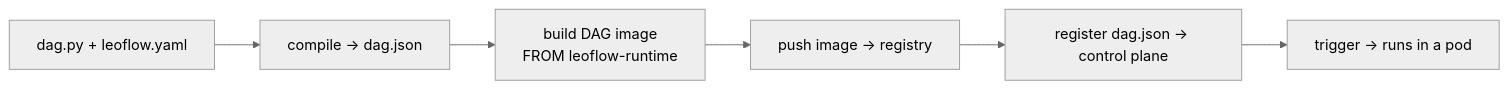
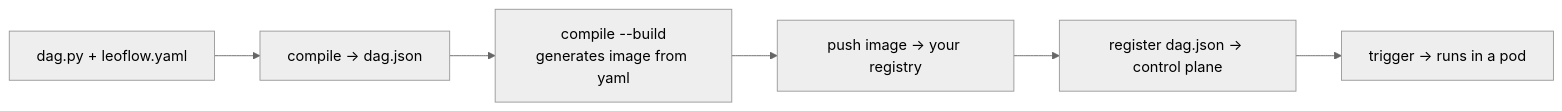
The diagram in docs/first-pro-dag.md (neochaotic/leoflow), drawn with Mermaid (neutral theme) before and after one commit. The commit also changed other lines of this file and 1 other file, not shown here.

First line of the commit message:
docs(deploy): real pipeline is yaml-driven CI, artifact to any registry

````diff
--- a/docs/first-pro-dag.md
+++ b/docs/first-pro-dag.md
@@ -12,8 +12,8 @@
 ```mermaid
 flowchart LR
   A[dag.py + leoflow.yaml] --> B[compile → dag.json]
-  B --> C[build DAG image<br/>FROM leoflow-runtime]
-  C --> D[push image → registry]
+  B --> C[compile --build<br/>generates image from yaml]
+  C --> D[push image → your registry]
   D --> E[register dag.json → control plane]
   E --> F[trigger → runs in a pod]
 ```
````
